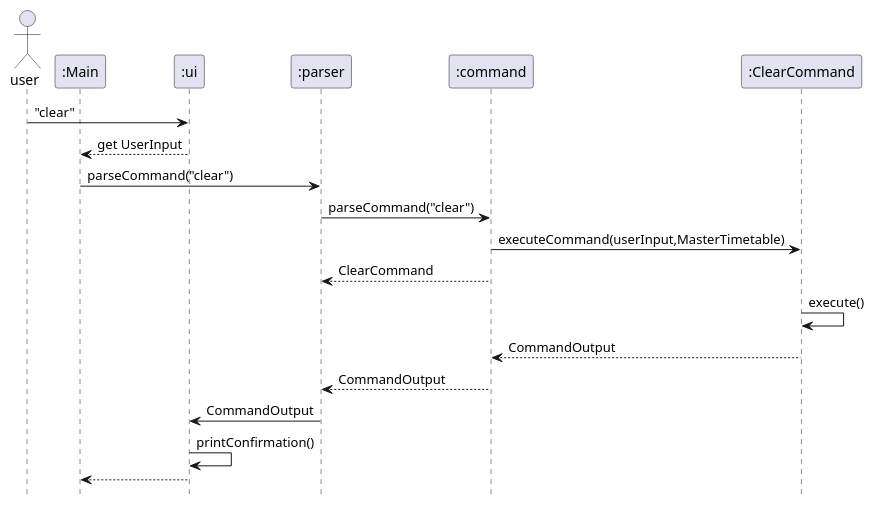
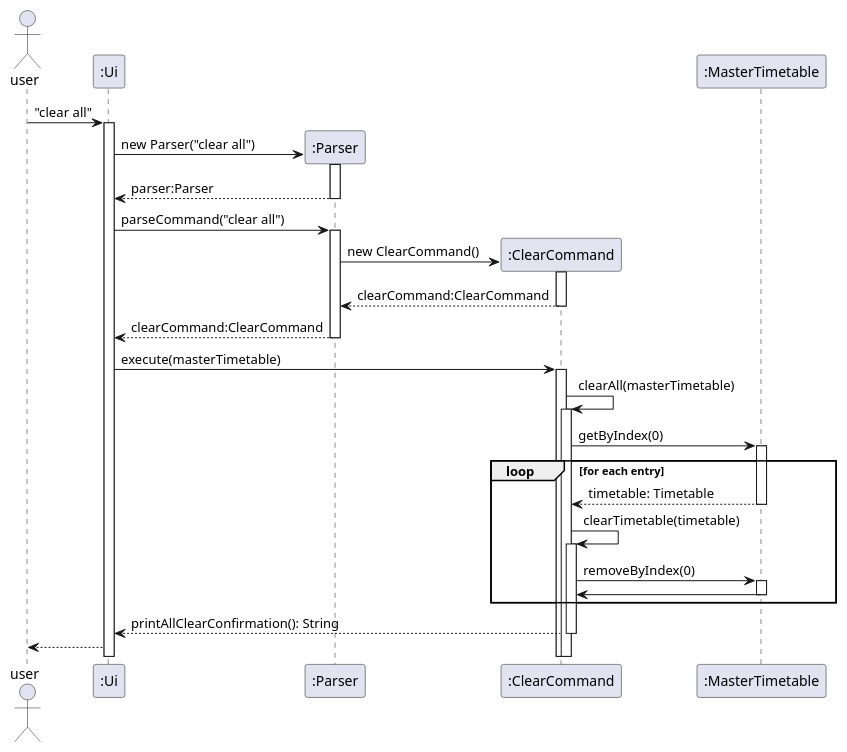
The diagram in docs/diagrams/ClearCommandSequenceDiagram.puml (nus-cs2113-AY2122S2/tp), drawn with PlantUML before and after one commit.

Commit message:
Add Sequence diagram for ClearCommand

```diff
--- a/docs/diagrams/ClearCommandSequenceDiagram.puml
+++ b/docs/diagrams/ClearCommandSequenceDiagram.puml
@@ -1,25 +1,25 @@
 @startuml
-'https://plantuml.com/sequence-diagram'
-hide footbox
 actor user
-participant ":Main"
-participant ":ui"
-participant ":parser"
-participant ":command"
-participant ":ClearCommand"
 
+user -> ":Ui" ++ : "clear all"
+create ":Parser"
+":Ui" -> ":Parser" ++: new Parser("clear all")
+":Parser" --> ":Ui" --: parser:Parser
+":Ui" -> ":Parser" ++: parseCommand("clear all")
+create ":ClearCommand"
+":Parser" -> ":ClearCommand" ++: new ClearCommand()
+":ClearCommand" --> ":Parser" --: clearCommand:ClearCommand
+":Parser" --> ":Ui" --: clearCommand:ClearCommand
+":Ui" -> ":ClearCommand" ++: execute(masterTimetable)
+":ClearCommand" -> ":ClearCommand"++: clearAll(masterTimetable)
+":ClearCommand" -> ":MasterTimetable" ++: getByIndex(0)
+loop for each entry
+":MasterTimetable" --> ":ClearCommand" -- : timetable: Timetable
+":ClearCommand" -> ":ClearCommand"++: clearTimetable(timetable)
+":ClearCommand" -> ":MasterTimetable" ++: removeByIndex(0)
+":MasterTimetable" -> ":ClearCommand" --:
+end
 
-
-user -> ":ui" : "clear"
-":ui" --> ":Main" : get UserInput
-":Main" -> ":parser" : parseCommand("clear")
-":parser" -> ":command" : parseCommand("clear")
-":command" -> ":ClearCommand" :executeCommand(userInput,MasterTimetable)
-":command" --> ":parser" : ClearCommand
-":ClearCommand" -> ":ClearCommand" : execute()
-":ClearCommand" --> ":command" : CommandOutput
-":command" --> ":parser" : CommandOutput
-":parser" -> ":ui" : CommandOutput
-":ui" -> ":ui" : printConfirmation()
-":ui" --> ":Main"
+":ClearCommand" --> ":Ui" --: printAllClearConfirmation(): String
+":Ui" --> user
 @enduml
```
